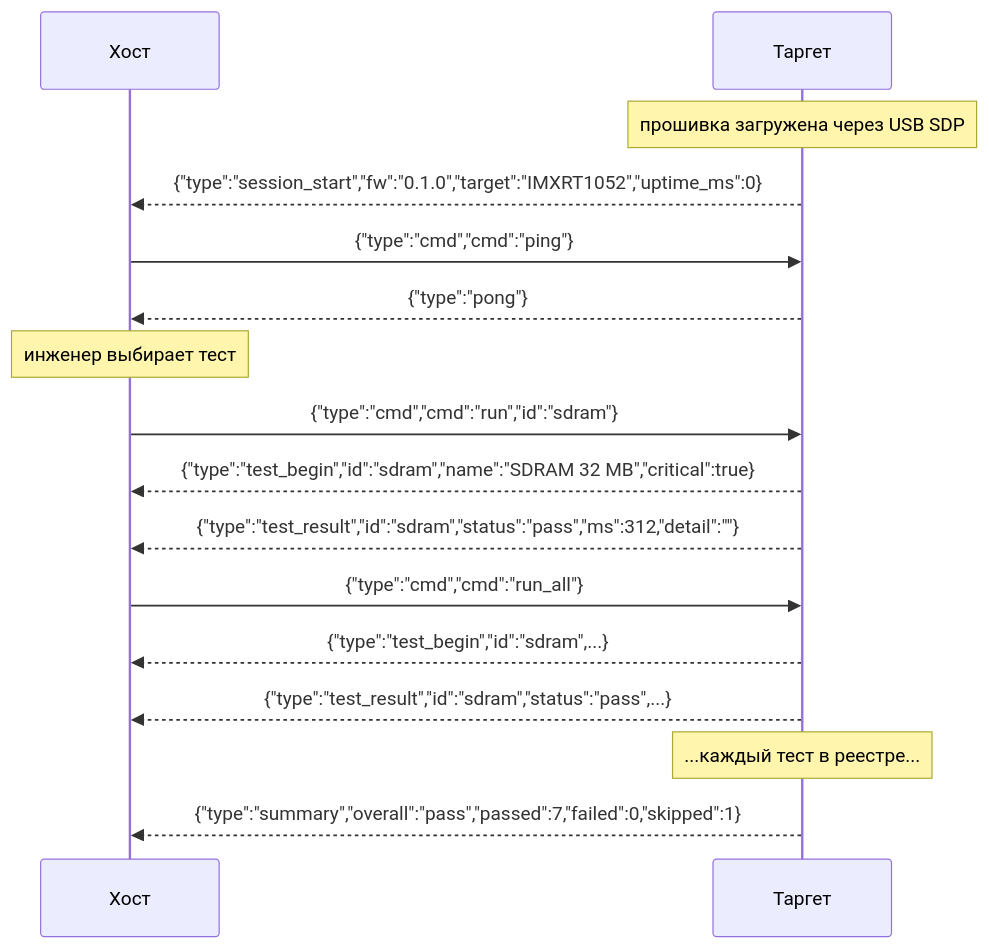
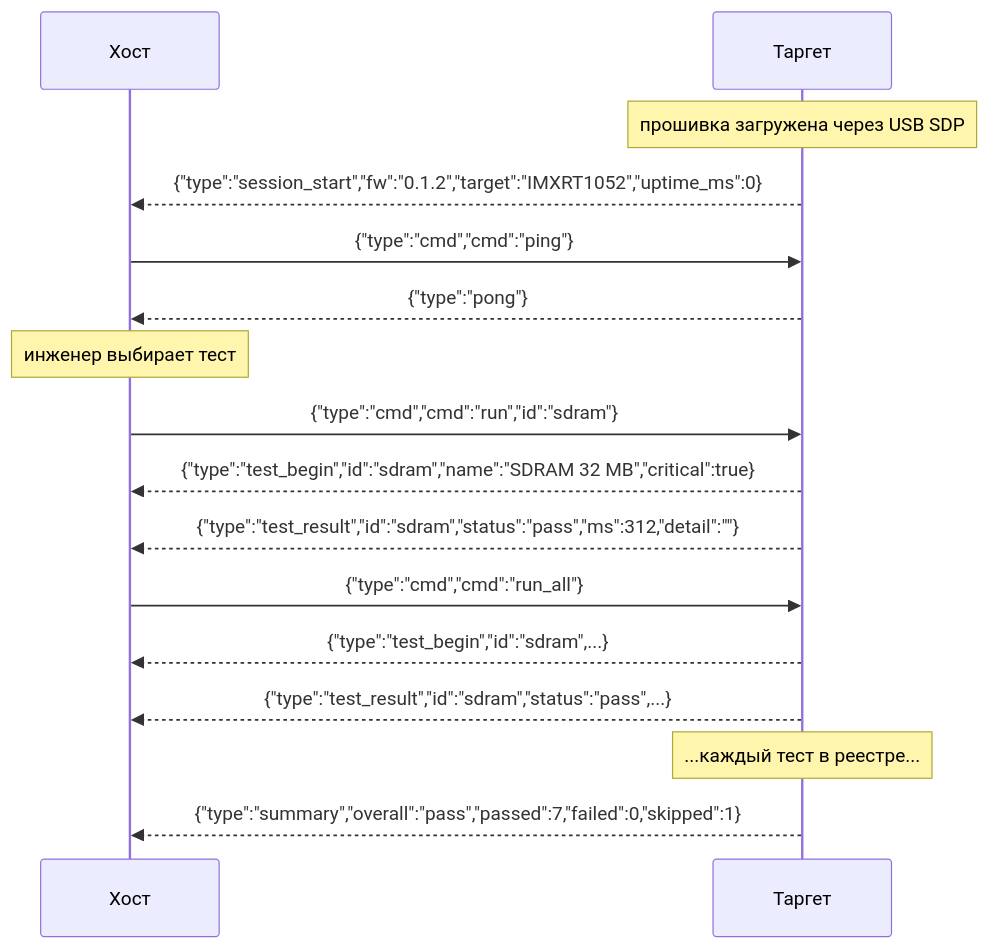
Before and after one commit to OSabuser/tft_manufacture_test: the second of 7 diagrams in docs/testing/PROTOCOL.md, drawn with Mermaid. The commit also changed other lines of this file and 15 other files, not shown here.

````diff
--- a/docs/testing/PROTOCOL.md
+++ b/docs/testing/PROTOCOL.md
@@ -76,22 +82,22 @@
 ```mermaid
 sequenceDiagram
     participant H as Хост
     participant T as Таргет
 
     Note over T: прошивка загружена через USB SDP
-    T-->>H: {"type":"session_start","fw":"0.1.0","target":"IMXRT1052","uptime_ms":0}
+    T-->>H: {"type":"session_start","fw":"0.1.2","target":"IMXRT1052","uptime_ms":0}
 
     H->>T: {"type":"cmd","cmd":"ping"}
     T-->>H: {"type":"pong"}
 
     Note over H: инженер выбирает тест
     H->>T: {"type":"cmd","cmd":"run","id":"sdram"}
     T-->>H: {"type":"test_begin","id":"sdram","name":"SDRAM 32 MB","critical":true}
     T-->>H: {"type":"test_result","id":"sdram","status":"pass","ms":312,"detail":""}
 
     H->>T: {"type":"cmd","cmd":"run_all"}
     T-->>H: {"type":"test_begin","id":"sdram",...}
     T-->>H: {"type":"test_result","id":"sdram","status":"pass",...}
     Note over T: ...каждый тест в реестре...
     T-->>H: {"type":"summary","overall":"pass","passed":7,"failed":0,"skipped":1}
 ```
````
